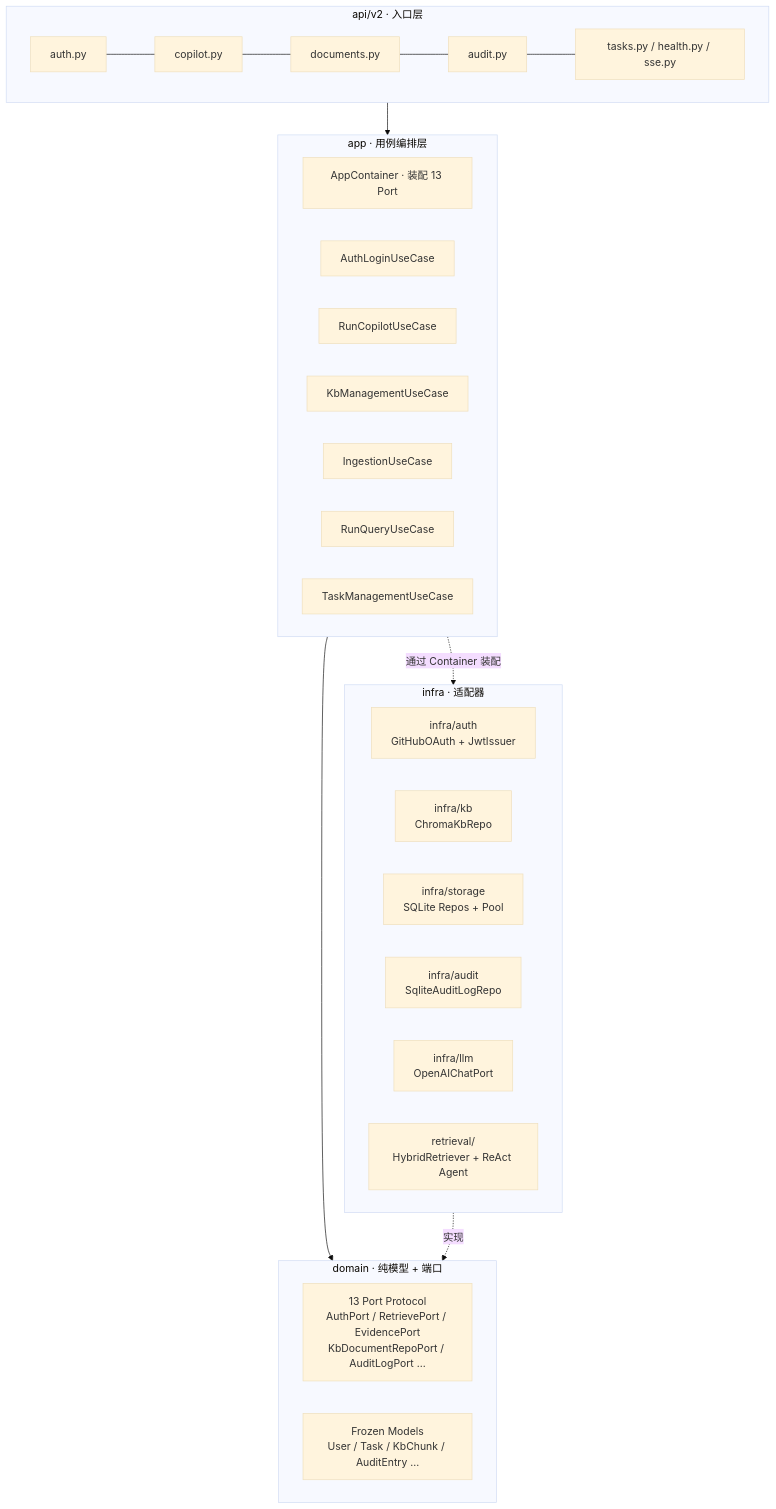
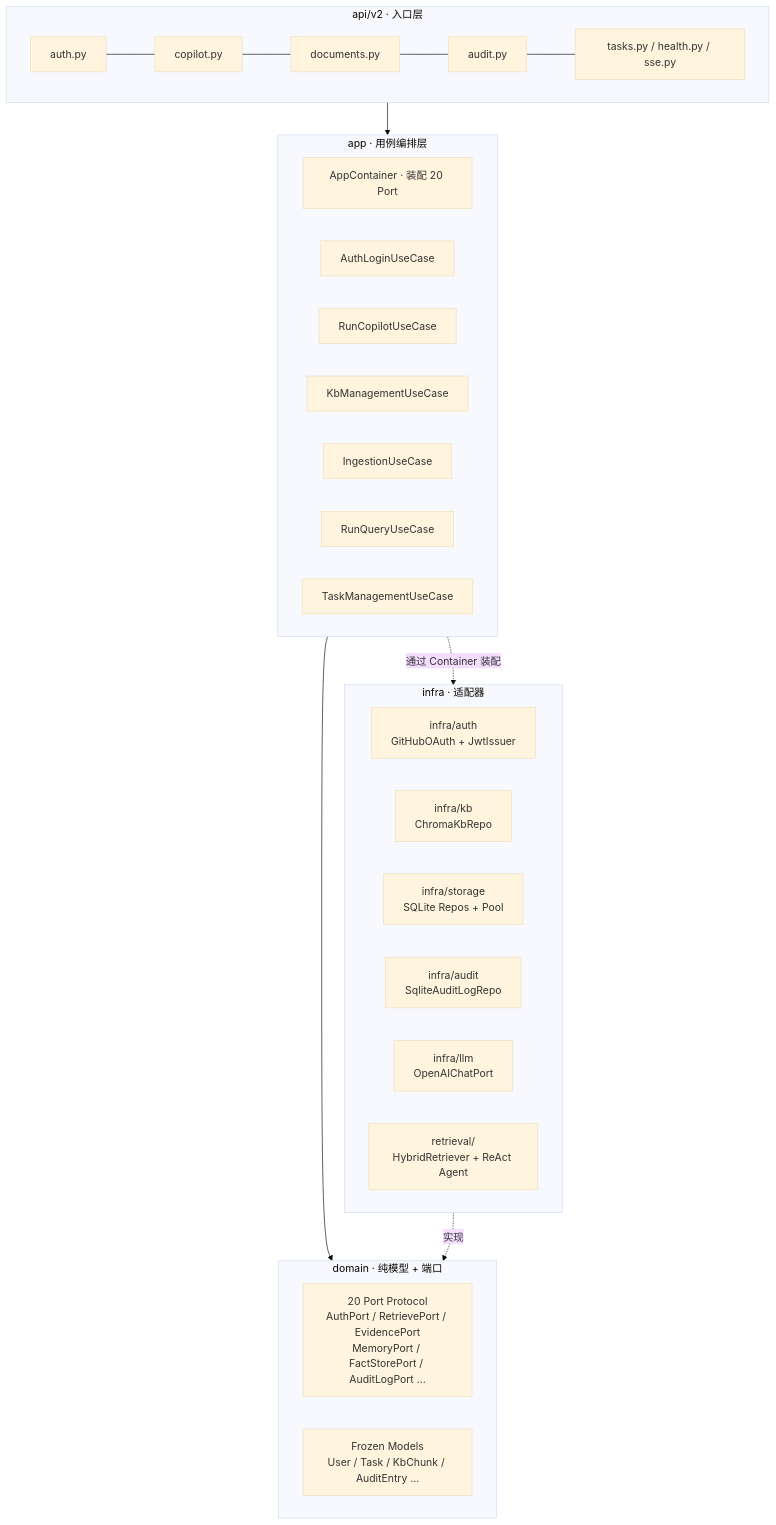
One commit to Melodymll01/riskpilot-cross-border-data-agent changed the first of 3 diagrams in README.md. Above: the diagram before and after it, drawn with Mermaid (base theme). The commit also changed other lines of this file and 4 other files, not shown here.

First line of the commit message:
docs(readme): 面向 Agent 岗位重写 README + 产品截图

````diff
--- a/README.md
+++ b/README.md
@@ -45,38 +79,38 @@
 ```mermaid
 flowchart TB
     subgraph API[api/v2 · 入口层]
         R1[auth.py] --- R2[copilot.py]
         R2 --- R3[documents.py]
         R3 --- R4[audit.py]
         R4 --- R5[tasks.py / health.py / sse.py]
     end
 
     subgraph APP[app · 用例编排层]
-        C[AppContainer · 装配 13 Port]
+        C[AppContainer · 装配 20 Port]
         U1[AuthLoginUseCase]
         U2[RunCopilotUseCase]
         U3[KbManagementUseCase]
         U4[IngestionUseCase]
         U5[RunQueryUseCase]
         U6[TaskManagementUseCase]
     end
 
     subgraph DOMAIN[domain · 纯模型 + 端口]
-        P[13 Port Protocol<br/>AuthPort / RetrievePort / EvidencePort<br/>KbDocumentRepoPort / AuditLogPort ...]
+        P[20 Port Protocol<br/>AuthPort / RetrievePort / EvidencePort<br/>MemoryPort / FactStorePort / AuditLogPort ...]
         M[Frozen Models<br/>User / Task / KbChunk / AuditEntry ...]
     end
 
     subgraph INFRA[infra · 适配器]
         I1[infra/auth<br/>GitHubOAuth + JwtIssuer]
         I2[infra/kb<br/>ChromaKbRepo]
         I3[infra/storage<br/>SQLite Repos + Pool]
         I4[infra/audit<br/>SqliteAuditLogRepo]
         I5[infra/llm<br/>OpenAIChatPort]
         I6[retrieval/<br/>HybridRetriever + ReAct Agent]
     end
 
     API --> APP
     APP --> DOMAIN
     INFRA -.实现.-> DOMAIN
     APP -.通过 Container 装配.-> INFRA
 ```
````
